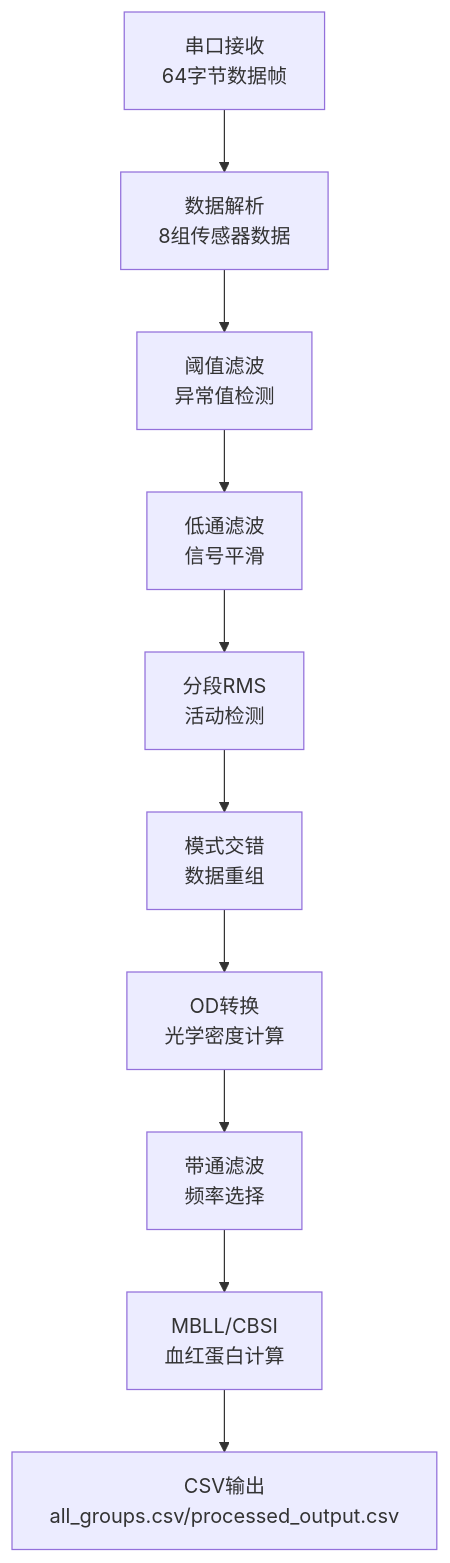
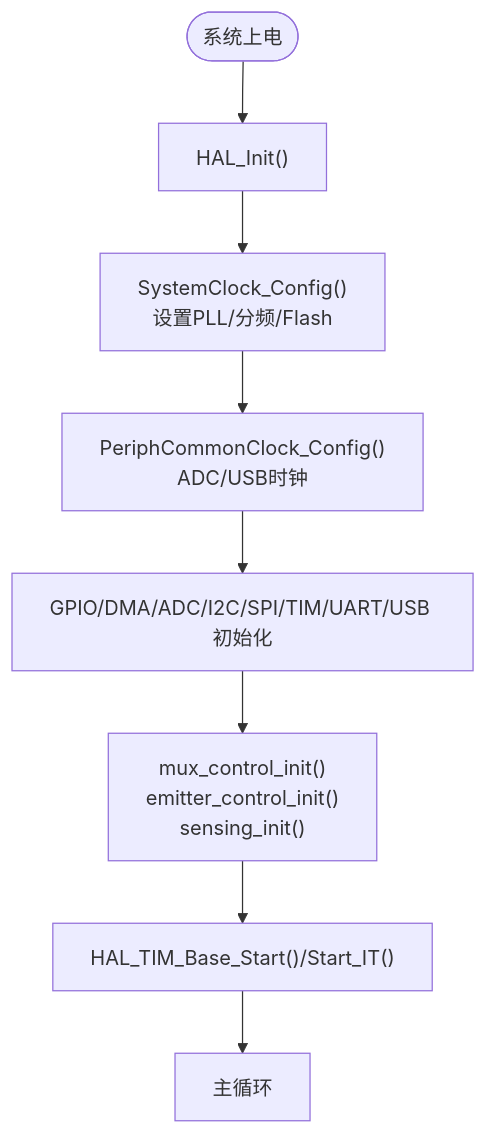
One commit to zhushizi/fNIRS-main changed the third of 9 diagrams in .qoder/repowiki/zh/content/固件开发/固件开发.md. Above: the diagram before and after it, drawn with Mermaid. The commit also changed other lines of this file and 84 other files, not shown here.

````diff
--- a/.qoder/repowiki/zh/content/固件开发/固件开发.md
+++ b/.qoder/repowiki/zh/content/固件开发/固件开发.md
@@ -244,12 +168,10 @@
 ```mermaid
 flowchart TD
-SERIAL["串口接收<br/>64字节数据帧"] --> PARSE["数据解析<br/>8组传感器数据"]
-PARSE --> FILTER1["阈值滤波<br/>异常值检测"]
-FILTER1 --> FILTER2["低通滤波<br/>信号平滑"]
-FILTER2 --> RMS["分段RMS<br/>活动检测"]
-RMS --> INTERLEAVE["模式交错<br/>数据重组"]
-INTERLEAVE --> OD["OD转换<br/>光学密度计算"]
-OD --> BANDPASS["带通滤波<br/>频率选择"]
-BANDPASS --> MBLL["MBLL/CBSI<br/>血红蛋白计算"]
-MBLL --> OUTPUT["CSV输出<br/>all_groups.csv/processed_output.csv"]
+START(["系统上电"]) --> HAL_INIT["HAL_Init()"]
+HAL_INIT --> SYSCLK["SystemClock_Config()<br/>设置PLL/分频/Flash"]
+SYSCLK --> PERIPHCLK["PeriphCommonClock_Config()<br/>ADC/USB时钟"]
+PERIPHCLK --> PERIPH_INIT["GPIO/DMA/ADC/I2C/SPI/TIM/UART/USB 初始化"]
+PERIPH_INIT --> SUBSYS_INIT["mux_control_init()<br/>emitter_control_init()<br/>sensing_init()"]
+SUBSYS_INIT --> TIM_START["HAL_TIM_Base_Start()/Start_IT()"]
+TIM_START --> LOOP["主循环"]
 ```
````
